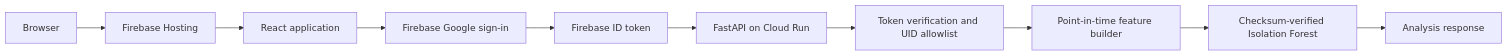
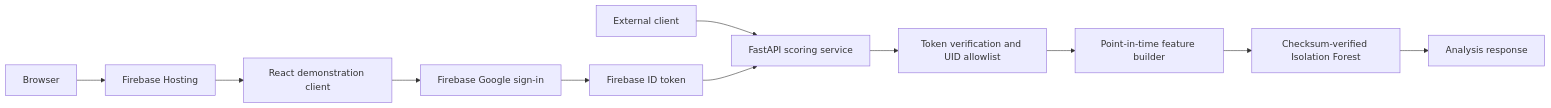
The diagram in docs/architecture.md (Extreme-Ending/solana-wash-trading-detection), drawn with Mermaid before and after one commit. The commit also changed other lines of this file and 70 other files, not shown here.

````diff
--- a/docs/architecture.md
+++ b/docs/architecture.md
@@ -5,12 +5,13 @@
 ```mermaid
 flowchart LR
+    EC[External client] --> CR[FastAPI scoring service]
     B[Browser] --> FH[Firebase Hosting]
-    FH --> UI[React application]
+    FH --> UI[React demonstration client]
     UI --> FA[Firebase Google sign-in]
     FA --> ID[Firebase ID token]
-    ID --> CR[FastAPI on Cloud Run]
+    ID --> CR
     CR --> AU[Token verification and UID allowlist]
     AU --> FB[Point-in-time feature builder]
     FB --> IF[Checksum-verified Isolation Forest]
     IF --> OUT[Analysis response]
 ```
````
